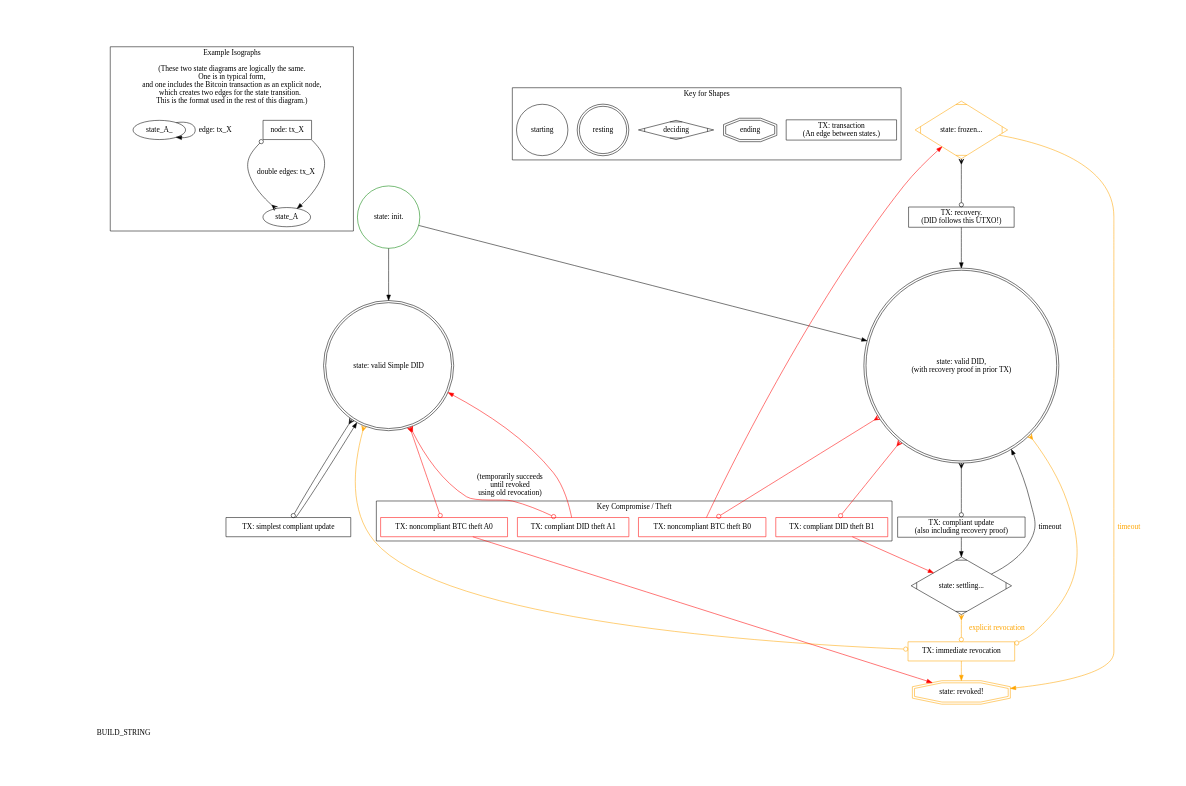
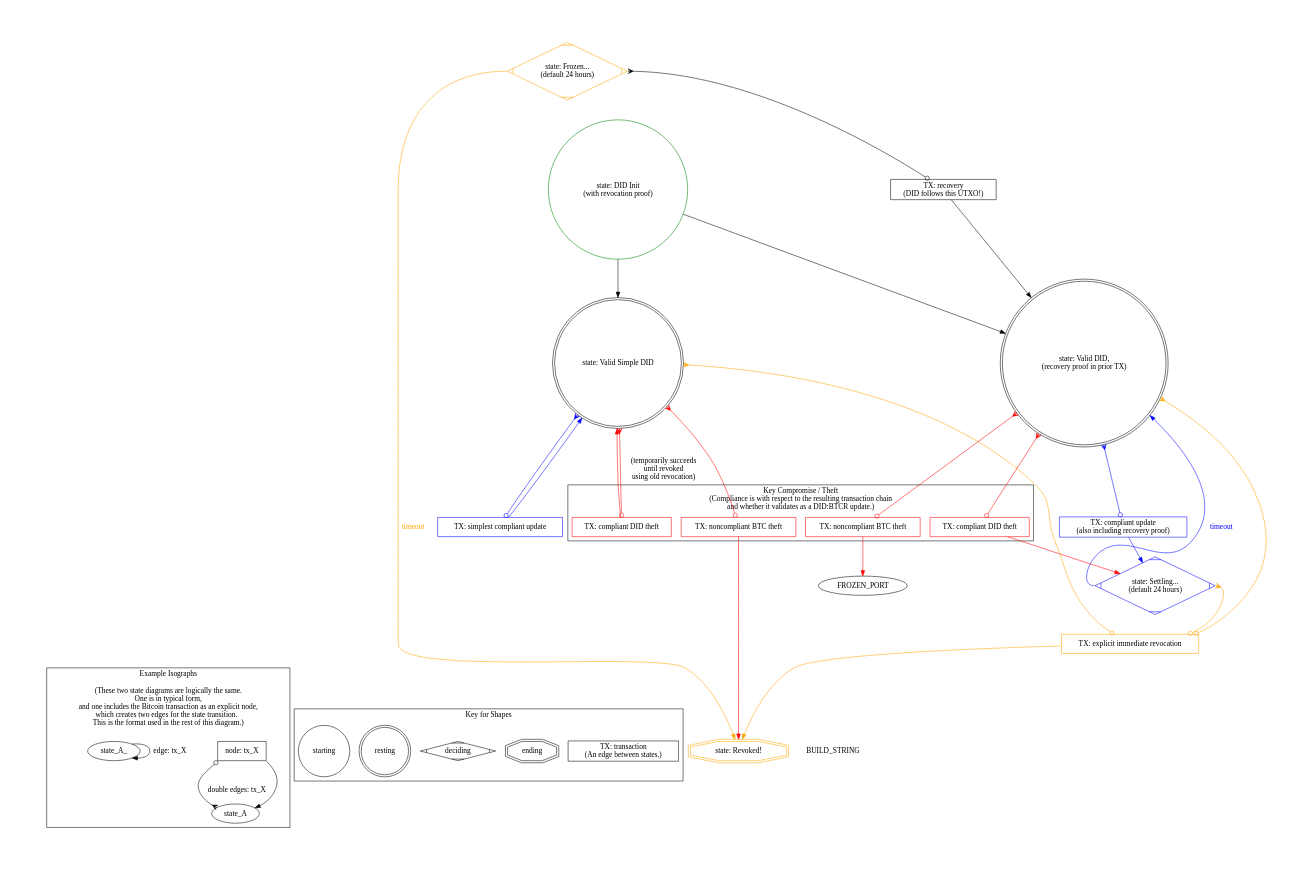
Before and after one commit to WebOfTrustInfo/btcr-hackathon-2017: the diagram in btcr-state-diagram-all.dot, drawn with Graphviz. The commit also changed 1 other file, not shown here.

Commit message:
add CPP defines to graphviz dot file to generate different versions

```diff
--- a/btcr-state-diagram-all.dot
+++ b/btcr-state-diagram-all.dot
@@ -5,14 +5,6 @@
 
 digraph self_sovereign_btcr_state_diagram {
   pad="1,1" //i.e. margin
-
-#if defined(DIAGRAM_RECOVERY) || defined(DIAGRAM_ALL) || defined(DIAGRAM_SIMPLE)
-  //ranks...
-  node [style=invisible]
-  rank_1->2->3->4->5->6->7->8 [arrowhead=none, style=invisible]
-  node [style=""]
-  {rank=same 8 version}
-#endif
 
 #if defined(DIAGRAM_KEY) || defined(DIAGRAM_ALL)
   subgraph cluster_isographs_A {
@@ -44,34 +36,33 @@
   }
 #endif
 
-#if defined(DIAGRAM_RECOVERY) || defined(DIAGRAM_ALL) || defined(DIAGRAM_SIMPLE)
+#if defined(DIAGRAM_RECOVERY) || defined(DIAGRAM_SIMPLE) || defined(DIAGRAM_ALL)
   init [
-    label = "DID init \n (also using revocation proof)"
+    label = "state: DID Init \n (with revocation proof)"
     shape = circle
-    label = "state: init."
-    layer = "all:simple:recovery"
     color=green
   ]
+#endif
 
+#if defined(DIAGRAM_SIMPLE) || defined(DIAGRAM_ALL)
   valid_simple [
-    label = "state: valid Simple DID"
+    label = "state: Valid Simple DID"
     shape=doublecircle
-    layer = "all:simple:recovery"
   ]
+#endif
 
+#if defined(DIAGRAM_RECOVERY) || defined(DIAGRAM_ALL)
   valid_with_recovery_proof [
-    label = "state: valid DID, \n (with recovery proof in prior TX)"
+    label = "state: Valid DID, \n (recovery proof in prior TX)"
     shape=doublecircle
-    layer = "all:recovery"
   ]
 
   settling [
-    xxlabel = "DDO control proof update, with default 24 hour settlement"
+    label = "state: Settling... \n (default 24 hours)"
     shape=Mdiamond
     height=1.5
     width=2
-    label = "state: settling..."
-    layer = "all:recovery"
+    color=blue
   ]
 
   frozen [
@@ -79,138 +70,166 @@
     height=1.5
     width=2
     color=orange
-    label = "state: frozen..."
-    layer = "all:recovery"
+    label = "state: Frozen... \n (default 24 hours)"
   ]
+#endif
 
+#if defined(DIAGRAM_RECOVERY) || defined(DIAGRAM_SIMPLE) || defined(DIAGRAM_ALL)
   revoked [
     shape = doubleoctagon
     color=orange
-    label = "state: revoked!"
-    layer = "all:simple:recovery"
+    label = "state: Revoked!"
   ]
+#endif
 
+#if defined(DIAGRAM_RECOVERY) || defined(DIAGRAM_SIMPLE) || defined(DIAGRAM_ALL)
   subgraph cluster_theft {
-    label="Key Compromise / Theft"
+    label="Key Compromise / Theft \n (Compliance is with respect to the resulting transaction chain \n and whether it validates as a DID:BTCR update.)"
+#endif
 
+#if defined(DIAGRAM_SIMPLE) || defined(DIAGRAM_ALL)
     tx_theft_A0 [
-      label = "TX: noncompliant BTC theft A0"
+      label = "TX: noncompliant BTC theft"
       shape=box
       color=red
-      layer = "all:simple:recovery"
-    ]
-
-    tx_theft_B0 [
-      label = "TX: noncompliant BTC theft B0"
-      shape=box
-      color=red
-      layer = "all:recovery"
     ]
 
     tx_theft_A1 [
-      label = "TX: compliant DID theft A1"
+      label = "TX: compliant DID theft"
       shape=box
       color=red
-      layer = "all:simple:recovery"
+    ]
+#endif
+
+#if defined(DIAGRAM_RECOVERY) || defined(DIAGRAM_ALL)
+    tx_theft_B0 [
+      label = "TX: noncompliant BTC theft"
+      shape=box
+      color=red
     ]
 
     tx_theft_B1 [
-      label = "TX: compliant DID theft B1"
+      label = "TX: compliant DID theft"
       shape=box
       color=red
-      layer = "all:recovery"
     ]
+#endif
+
+#if defined(DIAGRAM_RECOVERY) || defined(DIAGRAM_SIMPLE) || defined(DIAGRAM_ALL)
   }
+#endif
  
+#if defined(DIAGRAM_RECOVERY) || defined(DIAGRAM_SIMPLE) || defined(DIAGRAM_ALL)
   tx_revocation [
-    label = "TX: immediate revocation"
+    label = "TX: explicit immediate revocation"
     shape=box
     color=orange
-    layer = "all:simple:recovery"
   ]
+#endif
 
+#if defined(DIAGRAM_RECOVERY) || defined(DIAGRAM_ALL)
   tx_recovery [
-    label = "TX: recovery. \n (DID follows this UTXO!)"
+    label = "TX: recovery \n (DID follows this UTXO!)"
     shape=box
-    layer = "all:recovery"
   ]
+#endif
 
+#if defined(DIAGRAM_SIMPLE) || defined(DIAGRAM_ALL)
   tx_simple_update [
     label = "TX: simplest compliant update"
     shape=box
-    layer = "all:simple:recovery"
+    color=blue
   ]
+#endif
 
+#if defined(DIAGRAM_RECOVERY) || defined(DIAGRAM_ALL)
   tx_update_with_recovery_proof [
     label = "TX: compliant update \n (also including recovery proof)"
     shape=box
-    layer = "all:recovery"
+    color=blue
   ]
+#endif
 
-  init -> valid_simple [layer = "all:simple:recovery"]
+#if defined(DIAGRAM_SIMPLE) || defined(DIAGRAM_ALL)
+  init -> valid_simple
+#endif
+
+#if defined(DIAGRAM_RECOVERY) || defined(DIAGRAM_ALL)
   init -> valid_with_recovery_proof [
-    layer = "all:recovery", 
     weight=0
   ]
+#endif
 
+#if defined(DIAGRAM_RECOVERY) || defined(DIAGRAM_ALL)
   valid_with_recovery_proof -> tx_update_with_recovery_proof [
-    layer = "all:simple:recovery", 
     arrowhead=odot, 
     arrowtail=crow,     
     dir=both
+    color=blue
   ]
-  tx_update_with_recovery_proof -> settling [layer = "all:simple:recovery"]
+  tx_update_with_recovery_proof -> settling [
+    color=blue
+  ]
 
-  settling -> valid_with_recovery_proof [
-    label="timeout", 
-    layer = "all:simple:recovery"
+  settling:w -> valid_with_recovery_proof [
+    label="timeout      ", 
+    fontcolor=blue,
+    color=blue
   ]
-  settling -> tx_revocation [
-    label="explicit revocation", 
+  settling:e -> tx_revocation [
     color=orange, 
     fontcolor=orange, 
-    layer = "all:simple:recovery",      
     arrowhead=odot, 
     arrowtail=crow, 
     dir=both
   ]
+#endif
 
+#if defined(DIAGRAM_SIMPLE) || defined(DIAGRAM_ALL)
   valid_simple -> tx_simple_update [
-    layer = "all:simple:recovery", 
     arrowhead=odot,                
     arrowtail=crow, 
     dir=both
+    color=blue
   ]
-  tx_simple_update -> valid_simple [layer = "all:simple:recovery"]
+  tx_simple_update -> valid_simple [
+    color=blue
+  ]
+#endif
 
+#if defined(DIAGRAM_SIMPLE) || defined(DIAGRAM_ALL)
   valid_simple -> tx_theft_A0 [
     color=red, 
-    layer = "all:simple:recovery", 
     arrowhead=odot, 
     arrowtail=crow, 
     dir=both
   ]
   tx_theft_A0 -> revoked [
     color=red, 
-    layer = "all:simple:recovery"
   ]
+#endif
 
+#if defined(DIAGRAM_RECOVERY) || defined(DIAGRAM_ALL)
   valid_with_recovery_proof -> tx_theft_B0 [
     color=red, 
-    layer = "all:simple:recovery", 
     arrowhead=odot, 
     arrowtail=crow, 
     dir=both 
   ]
-  tx_theft_B0 -> frozen [
+#if defined(DIAGRAM_RECOVERY)
+#define FROZEN_PORT frozen:n
+#else
+#define FROZEN_PORT frozen:nw
+#endif
+  tx_theft_B0 -> FROZEN_PORT [
     color=red, 
-    layer = "all:simple:recovery"
   ]
+#endif
 
+#if defined(DIAGRAM_SIMPLE) || defined(DIAGRAM_ALL)
   valid_simple -> tx_theft_A1 [
     label="(temporarily succeeds \n until revoked \n using old revocation) ",  
     color=red, 
-    layer = "all:simple:recovery", 
     arrowhead=odot, 
     arrowtail=crow, 
     dir=both
@@ -218,64 +237,63 @@
   tx_theft_A1 -> valid_simple [
     fontcolor=red, 
     color=red, 
-    layer = "all:simple:recovery"
   ]
+#endif
 
+#if defined(DIAGRAM_RECOVERY) || defined(DIAGRAM_ALL)
   valid_with_recovery_proof -> tx_theft_B1 [
     color=red, 
-    layer = "all:recovery", 
     arrowhead=odot, 
     arrowtail=crow, 
     dir=both
   ]
   tx_theft_B1 -> settling [
-    layer = "all:recovery", 
     color=red
   ]
 
-  frozen -> tx_recovery [
-    layer = "all:simple:recovery",
+  frozen:e -> tx_recovery [
     arrowhead=odot, 
     arrowtail=crow, 
     dir=both
   ]
-  tx_recovery -> valid_with_recovery_proof [
-    fontcolor=darkgreen, 
-    layer = "all:simple:recovery"
-  ]
-  frozen -> revoked [
+  frozen:w -> revoked [
     label="timeout", 
     color=orange, 
     fontcolor=orange,   
-    layer = "all:simple:recovery"
+  ]
+  tx_recovery -> valid_with_recovery_proof [
+    fontcolor=darkgreen, 
   ]
 
   valid_with_recovery_proof -> tx_revocation [
     color=orange, 
-    layer = "all:simple:recovery", 
     arrowhead=odot, 
     arrowtail=crow, 
     dir=both
   ]
+#endif
+
+#if defined(DIAGRAM_SIMPLE) || defined(DIAGRAM_ALL)
   valid_simple -> tx_revocation [
     color=orange, 
-    layer = "all:simple:recovery", 
     arrowhead=odot, 
     arrowtail=crow, 
     dir=both
   ]
+#endif
 
+#if defined(DIAGRAM_RECOVERY) || defined(DIAGRAM_SIMPLE) || defined(DIAGRAM_ALL)
   tx_revocation -> revoked [
     color=orange, 
-    layer = "all:simple:recovery"
   ]
 #endif
 
-#if defined(DIAGRAM_RECOVERY) || defined(DIAGRAM_ALL) || defined(DIAGRAM_SIMPLE)
+#if defined(DIAGRAM_RECOVERY) || defined(DIAGRAM_SIMPLE) || defined(DIAGRAM_ALL)
   version [
     shape=none, 
     label=BUILD_STRING
   ]
+  {rank=max version}
 #endif
 
 }
```
